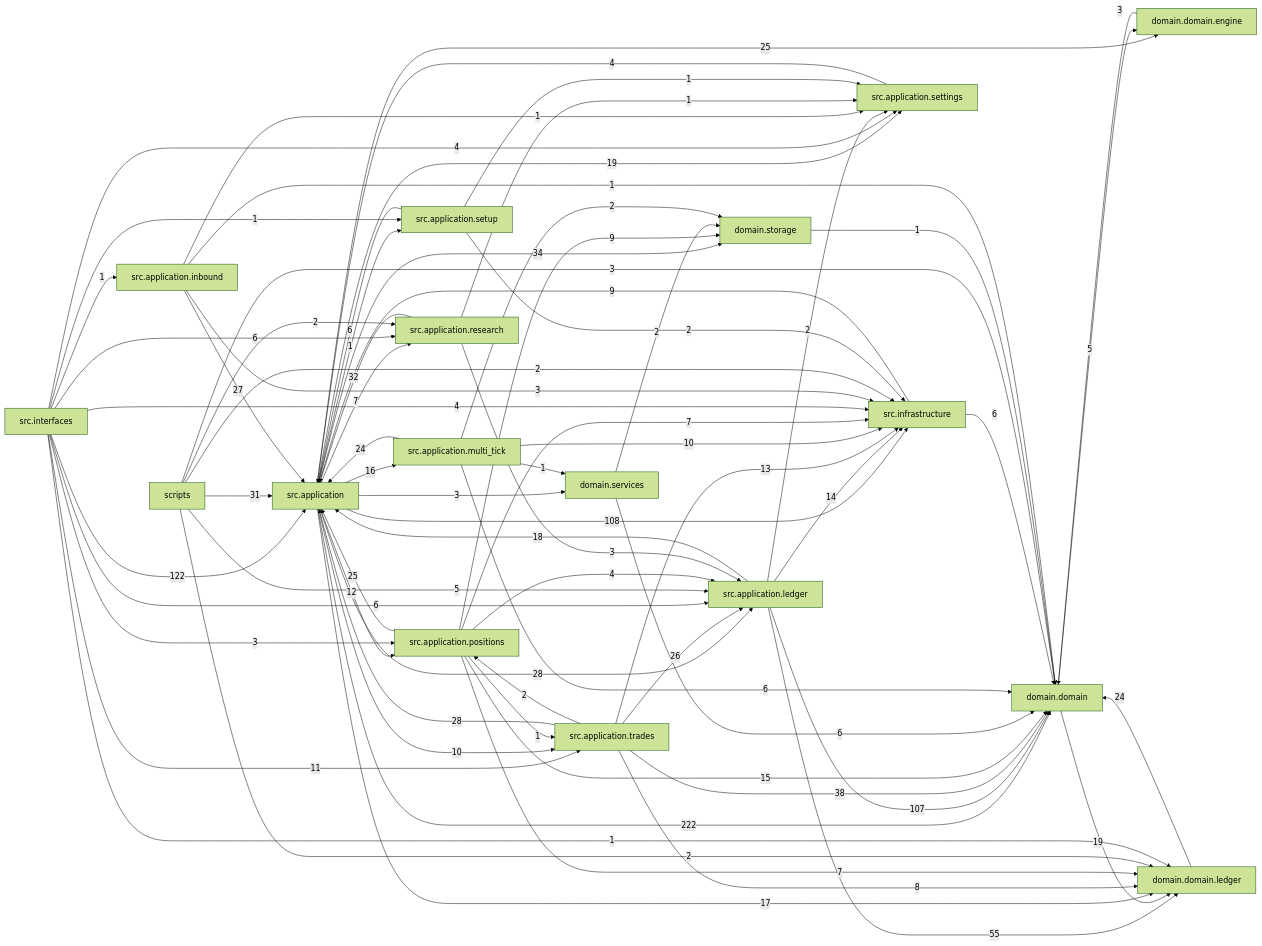
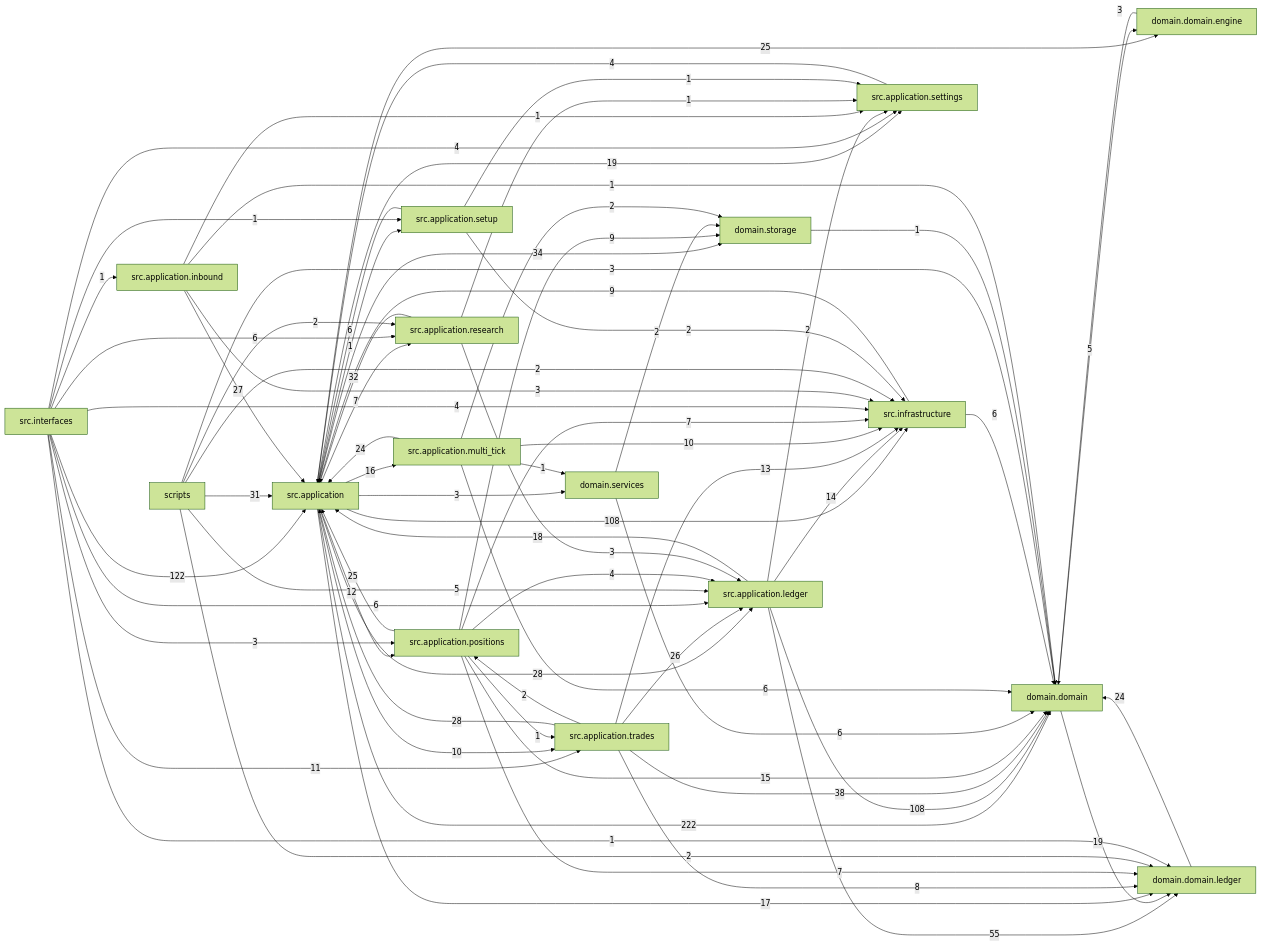
The diagram in docs/dependency_graph.mmd (liuxie066/options-monitor), drawn with Mermaid (forest theme) before and after one commit. The commit also changed 3 other files, not shown here.

```diff
--- a/docs/dependency_graph.mmd
+++ b/docs/dependency_graph.mmd
@@ -1,73 +1,73 @@
 flowchart LR
   src_application["src.application"] -->|222| domain_domain["domain.domain"]
   src_interfaces["src.interfaces"] -->|122| src_application["src.application"]
   src_application["src.application"] -->|108| src_infrastructure["src.infrastructure"]
-  src_application_ledger["src.application.ledger"] -->|107| domain_domain["domain.domain"]
+  src_application_ledger["src.application.ledger"] -->|108| domain_domain["domain.domain"]
   src_application_ledger["src.application.ledger"] -->|55| domain_domain_ledger["domain.domain.ledger"]
   src_application_trades["src.application.trades"] -->|38| domain_domain["domain.domain"]
   src_application["src.application"] -->|34| domain_storage["domain.storage"]
   src_application_research["src.application.research"] -->|32| src_application["src.application"]
   scripts["scripts"] -->|31| src_application["src.application"]
   src_application["src.application"] -->|28| src_application_ledger["src.application.ledger"]
   src_application_trades["src.application.trades"] -->|28| src_application["src.application"]
   src_application_inbound["src.application.inbound"] -->|27| src_application["src.application"]
   src_application_trades["src.application.trades"] -->|26| src_application_ledger["src.application.ledger"]
   src_application["src.application"] -->|25| domain_domain_engine["domain.domain.engine"]
   src_application_positions["src.application.positions"] -->|25| src_application["src.application"]
   domain_domain_ledger["domain.domain.ledger"] -->|24| domain_domain["domain.domain"]
   src_application_multi_tick["src.application.multi_tick"] -->|24| src_application["src.application"]
   domain_domain["domain.domain"] -->|19| domain_domain_ledger["domain.domain.ledger"]
   src_application["src.application"] -->|19| src_application_settings["src.application.settings"]
   src_application_ledger["src.application.ledger"] -->|18| src_application["src.application"]
   src_application["src.application"] -->|17| domain_domain_ledger["domain.domain.ledger"]
   src_application["src.application"] -->|16| src_application_multi_tick["src.application.multi_tick"]
   src_application_positions["src.application.positions"] -->|15| domain_domain["domain.domain"]
   src_application_ledger["src.application.ledger"] -->|14| src_infrastructure["src.infrastructure"]
   src_application_trades["src.application.trades"] -->|13| src_infrastructure["src.infrastructure"]
   src_application["src.application"] -->|12| src_application_positions["src.application.positions"]
   src_interfaces["src.interfaces"] -->|11| src_application_trades["src.application.trades"]
   src_application["src.application"] -->|10| src_application_trades["src.application.trades"]
   src_application_multi_tick["src.application.multi_tick"] -->|10| src_infrastructure["src.infrastructure"]
   src_application_positions["src.application.positions"] -->|9| domain_storage["domain.storage"]
   src_infrastructure["src.infrastructure"] -->|9| src_application["src.application"]
   src_application_trades["src.application.trades"] -->|8| domain_domain_ledger["domain.domain.ledger"]
   src_application["src.application"] -->|7| src_application_research["src.application.research"]
   src_application_positions["src.application.positions"] -->|7| domain_domain_ledger["domain.domain.ledger"]
   src_application_positions["src.application.positions"] -->|7| src_infrastructure["src.infrastructure"]
   domain_services["domain.services"] -->|6| domain_domain["domain.domain"]
   src_application_multi_tick["src.application.multi_tick"] -->|6| domain_domain["domain.domain"]
   src_application_setup["src.application.setup"] -->|6| src_application["src.application"]
   src_infrastructure["src.infrastructure"] -->|6| domain_domain["domain.domain"]
   src_interfaces["src.interfaces"] -->|6| src_application_ledger["src.application.ledger"]
   src_interfaces["src.interfaces"] -->|6| src_application_research["src.application.research"]
   domain_domain["domain.domain"] -->|5| domain_domain_engine["domain.domain.engine"]
   scripts["scripts"] -->|5| src_application_ledger["src.application.ledger"]
   src_application_positions["src.application.positions"] -->|4| src_application_ledger["src.application.ledger"]
   src_application_settings["src.application.settings"] -->|4| src_application["src.application"]
   src_interfaces["src.interfaces"] -->|4| src_application_settings["src.application.settings"]
   src_interfaces["src.interfaces"] -->|4| src_infrastructure["src.infrastructure"]
   domain_domain_engine["domain.domain.engine"] -->|3| domain_domain["domain.domain"]
   scripts["scripts"] -->|3| domain_domain["domain.domain"]
   src_application["src.application"] -->|3| domain_services["domain.services"]
   src_application_inbound["src.application.inbound"] -->|3| src_infrastructure["src.infrastructure"]
   src_application_research["src.application.research"] -->|3| src_application_ledger["src.application.ledger"]
   src_interfaces["src.interfaces"] -->|3| src_application_positions["src.application.positions"]
   domain_services["domain.services"] -->|2| domain_storage["domain.storage"]
   scripts["scripts"] -->|2| domain_domain_ledger["domain.domain.ledger"]
   scripts["scripts"] -->|2| src_application_research["src.application.research"]
   scripts["scripts"] -->|2| src_infrastructure["src.infrastructure"]
   src_application_ledger["src.application.ledger"] -->|2| src_application_settings["src.application.settings"]
   src_application_multi_tick["src.application.multi_tick"] -->|2| domain_storage["domain.storage"]
   src_application_setup["src.application.setup"] -->|2| src_infrastructure["src.infrastructure"]
   src_application_trades["src.application.trades"] -->|2| src_application_positions["src.application.positions"]
   domain_storage["domain.storage"] -->|1| domain_domain["domain.domain"]
   src_application["src.application"] -->|1| src_application_setup["src.application.setup"]
   src_application_inbound["src.application.inbound"] -->|1| domain_domain["domain.domain"]
   src_application_inbound["src.application.inbound"] -->|1| src_application_settings["src.application.settings"]
   src_application_multi_tick["src.application.multi_tick"] -->|1| domain_services["domain.services"]
   src_application_positions["src.application.positions"] -->|1| src_application_trades["src.application.trades"]
   src_application_research["src.application.research"] -->|1| src_application_settings["src.application.settings"]
   src_application_setup["src.application.setup"] -->|1| src_application_settings["src.application.settings"]
   src_interfaces["src.interfaces"] -->|1| domain_domain_ledger["domain.domain.ledger"]
   src_interfaces["src.interfaces"] -->|1| src_application_inbound["src.application.inbound"]
   src_interfaces["src.interfaces"] -->|1| src_application_setup["src.application.setup"]
```
